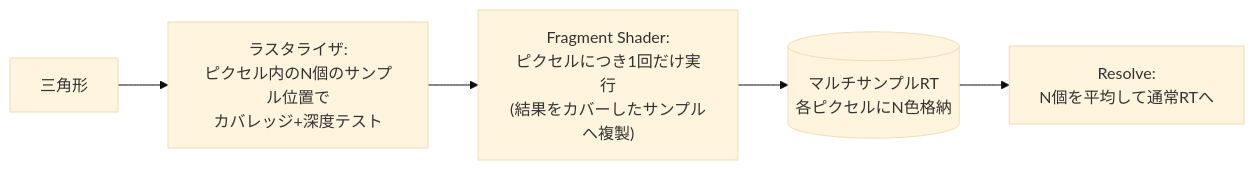
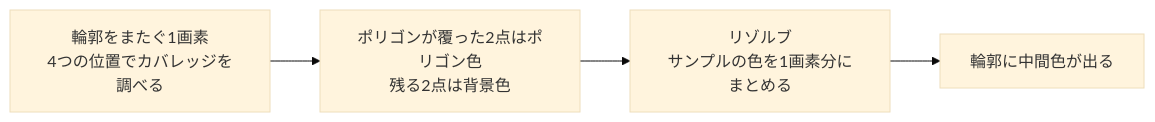
Before and after one commit to sny0/sny0.github.io: the second of 2 diagrams in study/docs/graphics/postprocess/antialiasing.md, drawn with Mermaid (base theme). The commit also changed other lines of this file and 14 other files, not shown here.

````diff
--- a/study/docs/graphics/postprocess/antialiasing.md
+++ b/study/docs/graphics/postprocess/antialiasing.md
@@ -64,7 +80,6 @@
 ```mermaid
 flowchart LR
-    T[三角形] --> R["ラスタライザ:<br/>ピクセル内のN個のサンプル位置で<br/>カバレッジ+深度テスト"]
-    R --> FS["Fragment Shader:<br/>ピクセルにつき1回だけ実行<br/>(結果をカバーしたサンプルへ複製)"]
-    FS --> MS[("マルチサンプルRT<br/>各ピクセルにN色格納")]
-    MS --> RES["Resolve:<br/>N個を平均して通常RTへ"]
+    A["輪郭をまたぐ1画素<br/>4つの位置でカバレッジを調べる"] --> B["ポリゴンが覆った2点はポリゴン色<br/>残る2点は背景色"]
+    B --> C["リゾルブ<br/>サンプルの色を1画素分にまとめる"]
+    C --> D["輪郭に中間色が出る"]
 ```
````
